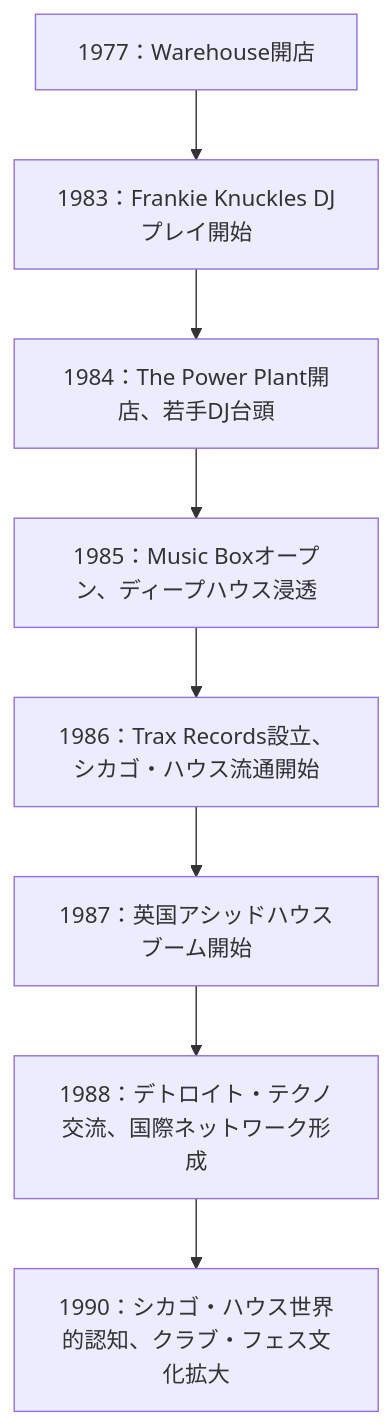
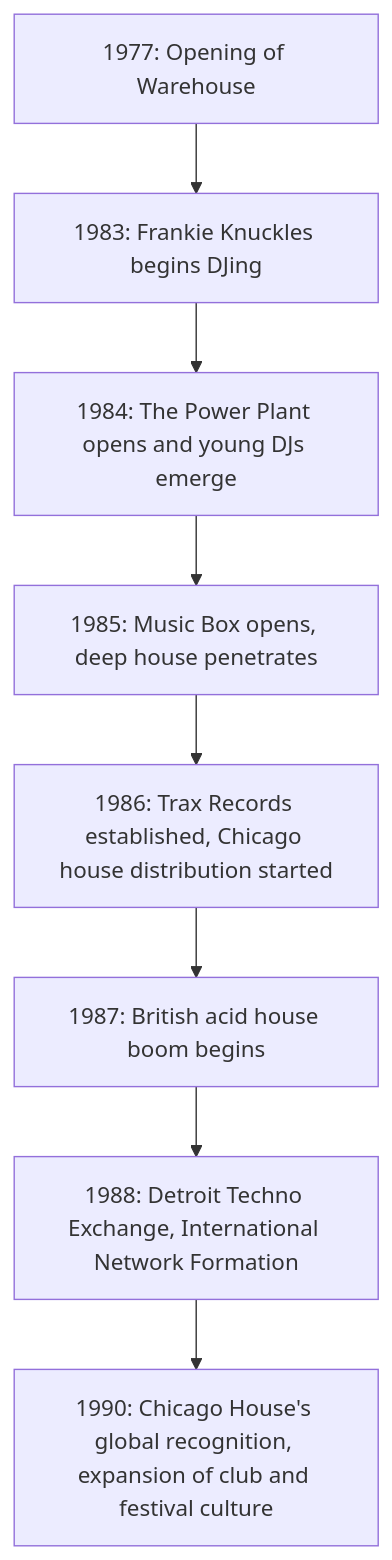
The diagram in en/_posts/2025-10-11-Colum-Chicago-House.md (monumental-movement/monumental-movement.github.io), drawn with Mermaid before and after one commit. The commit also changed other lines of this file and 152 other files, not shown here.

```diff
--- a/en/_posts/2025-10-11-Colum-Chicago-House.md
+++ b/en/_posts/2025-10-11-Colum-Chicago-House.md
@@ -165,12 +165,12 @@
 <div class="mermaid">
 
 flowchart TD
-    A1977["1977：Warehouse開店"] --> B1983["1983：Frankie Knuckles DJプレイ開始"]
-    B1983 --> C1984["1984：The Power Plant開店、若手DJ台頭"]
-    C1984 --> D1985["1985：Music Boxオープン、ディープハウス浸透"]
-    D1985 --> E1986["1986：Trax Records設立、シカゴ・ハウス流通開始"]
-    E1986 --> F1987["1987：英国アシッドハウスブーム開始"]
-    F1987 --> G1988["1988：デトロイト・テクノ交流、国際ネットワーク形成"]
-    G1988 --> H1990["1990：シカゴ・ハウス世界的認知、クラブ・フェス文化拡大"]
+    A1977["1977: Opening of Warehouse"] --> B1983["1983: Frankie Knuckles begins DJing"]
+    B1983 --> C1984["1984: The Power Plant opens and young DJs emerge"]
+    C1984 --> D1985["1985: Music Box opens, deep house penetrates"]
+    D1985 --> E1986["1986: Trax Records established, Chicago house distribution started"]
+    E1986 --> F1987["1987: British acid house boom begins"]
+    F1987 --> G1988["1988: Detroit Techno Exchange, International Network Formation"]
+    G1988 --> H1990["1990: Chicago House's global recognition, expansion of club and festival culture"]
 
 </div>
```
